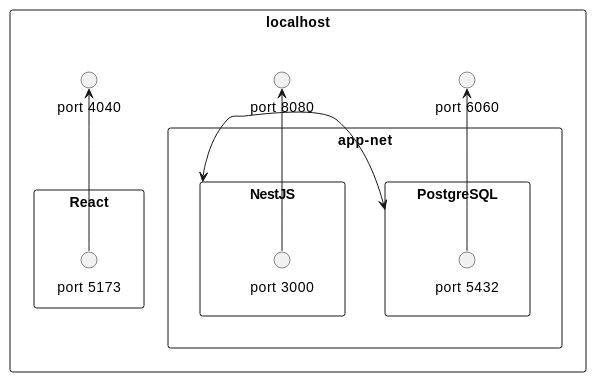
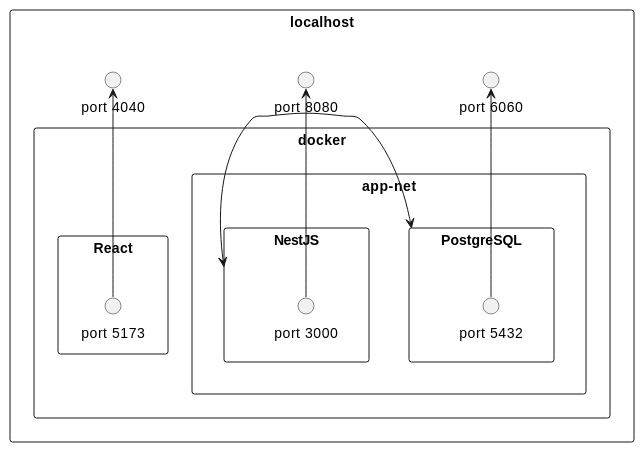
The diagram in docs/README.adoc (eprei/42_ft_transcendence), drawn with PlantUML before and after one commit. The commit also changed 2 other files, not shown here.

Commit message:
add all container in docker rectangle

```diff
--- a/docs/README.adoc
+++ b/docs/README.adoc
@@ -8,25 +8,27 @@
 [plantuml, target=assets/docker, format=svg, width=100%]
 ....
 rectangle localhost {
 	circle "port 8080" as portout_nest
 	circle "port 6060" as portout_postgre
-	rectangle app-net {
-		rectangle NestJS {
-			circle "port 3000" as portin_nest
+	circle "port 4040" as portout_react
+
+	rectangle docker {
+		rectangle app-net {
+			rectangle NestJS {
+				circle "port 3000" as portin_nest
+			}
+			rectangle PostgreSQL {
+				circle "port 5432" as portin_postgre
+			}
 		}
-		rectangle PostgreSQL {
-			circle "port 5432" as portin_postgre
+		rectangle React {
+			circle "port 5173" as portin_react
 		}
-	}
-
-	circle "port 4040" as portout_react
-	rectangle React {
-		circle "port 5173" as portin_react
 	}
 }
 
 portin_react -up-> portout_react
 portin_nest -up-> portout_nest
 portin_postgre -up-> portout_postgre
 NestJS <-le-> PostgreSQL
 ....
```
